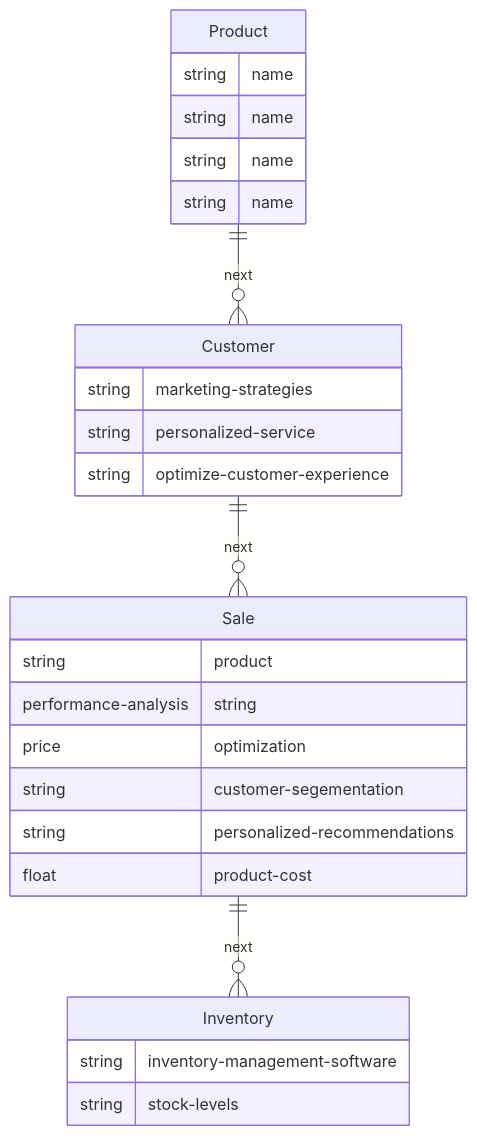
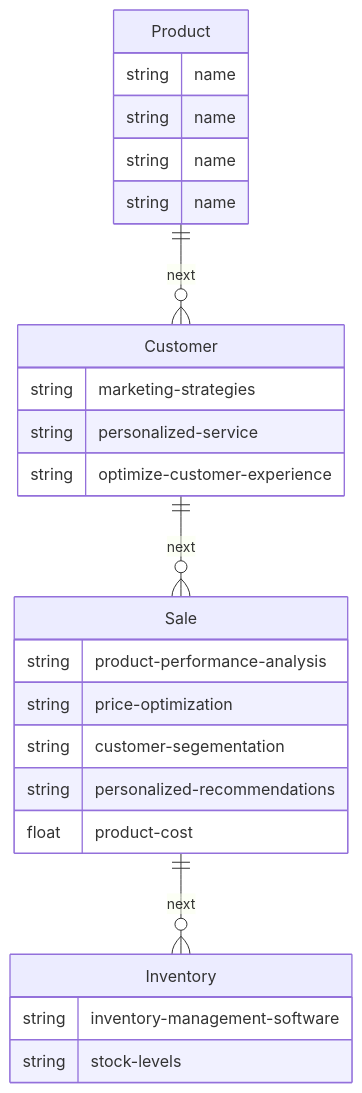
Before and after one commit to JordanDuncan5/Nike-Store-ERD: the diagram in NikeStore_ERD.md, drawn with Mermaid.

Commit message:
Update NikeStore_ERD.md
fixed typos

````diff
--- a/NikeStore_ERD.md
+++ b/NikeStore_ERD.md
@@ -1,33 +1,33 @@
 ```mermaid
 ---
 Nike Entity Relationship Diagram
 ---
 erDiagram
     Product ||--o{ Customer :next
     Product{
         string name
         string name
         string name
         string name
     }
     Customer ||--o{ Sale :next
     Customer{
         string marketing-strategies
         string personalized-service
         string optimize-customer-experience
     }
     Sale ||--o{ Inventory :next
     Sale{
-        string product performance-analysis
-        string price optimization
+        string product-performance-analysis
+        string price-optimization
         string customer-segementation
         string personalized-recommendations
         float product-cost
     }
     
     Inventory{
         string inventory-management-software
         string stock-levels
     }
 
 ```
````
